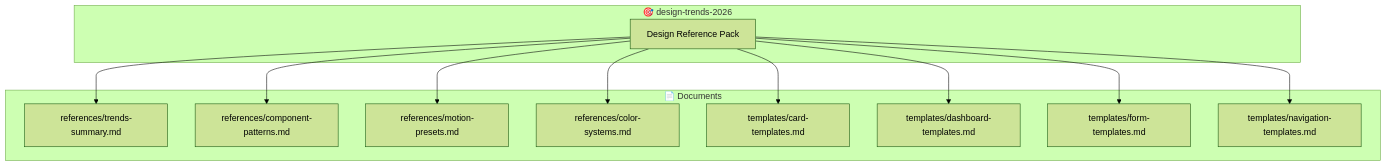
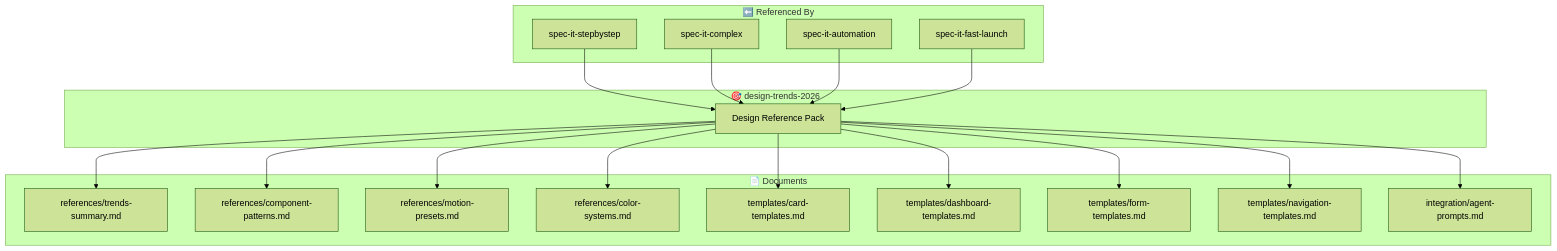
Before and after one commit to 30eggis/spec-it: diagram 12 of 14 in docs/SKILL_AGENT_REFERENCE_MAP.md, drawn with Mermaid (forest theme). The commit also changed other lines of this file, not shown here.

First line of the commit message:
Update Skill/Agent reference map with full document chains

````diff
--- a/docs/SKILL_AGENT_REFERENCE_MAP.md
+++ b/docs/SKILL_AGENT_REFERENCE_MAP.md
@@ -435,26 +500,28 @@
 ```mermaid
 flowchart TB
-    subgraph skill_design["🎯 design-trends-2026"]
+    subgraph SKILL["🎯 design-trends-2026"]
         S1[Design Reference Pack]
     end
 
-    subgraph docs_design["📄 Documents"]
+    subgraph DOCS["📄 Documents"]
         D1[references/trends-summary.md]
         D2[references/component-patterns.md]
         D3[references/motion-presets.md]
         D4[references/color-systems.md]
         D5[templates/card-templates.md]
         D6[templates/dashboard-templates.md]
         D7[templates/form-templates.md]
         D8[templates/navigation-templates.md]
+        D9[integration/agent-prompts.md]
     end
 
-    S1 --> D1
-    S1 --> D2
-    S1 --> D3
-    S1 --> D4
-    S1 --> D5
-    S1 --> D6
-    S1 --> D7
-    S1 --> D8
+    subgraph USED_BY["⬅️ Referenced By"]
+        UB1[spec-it-stepbystep]
+        UB2[spec-it-complex]
+        UB3[spec-it-automation]
+        UB4[spec-it-fast-launch]
+    end
+
+    S1 --> D1 & D2 & D3 & D4 & D5 & D6 & D7 & D8 & D9
+    UB1 & UB2 & UB3 & UB4 --> S1
 ```
````
